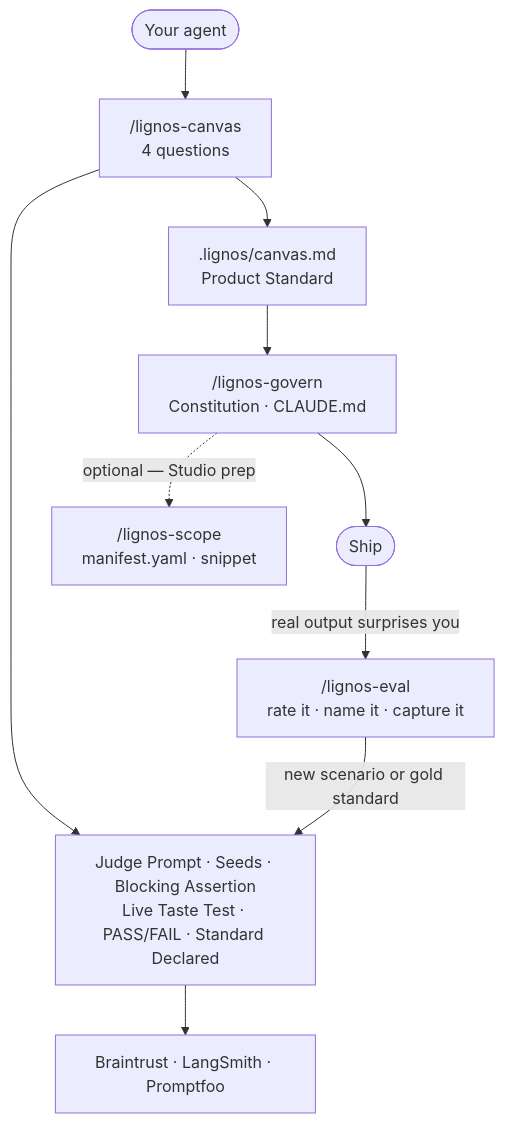
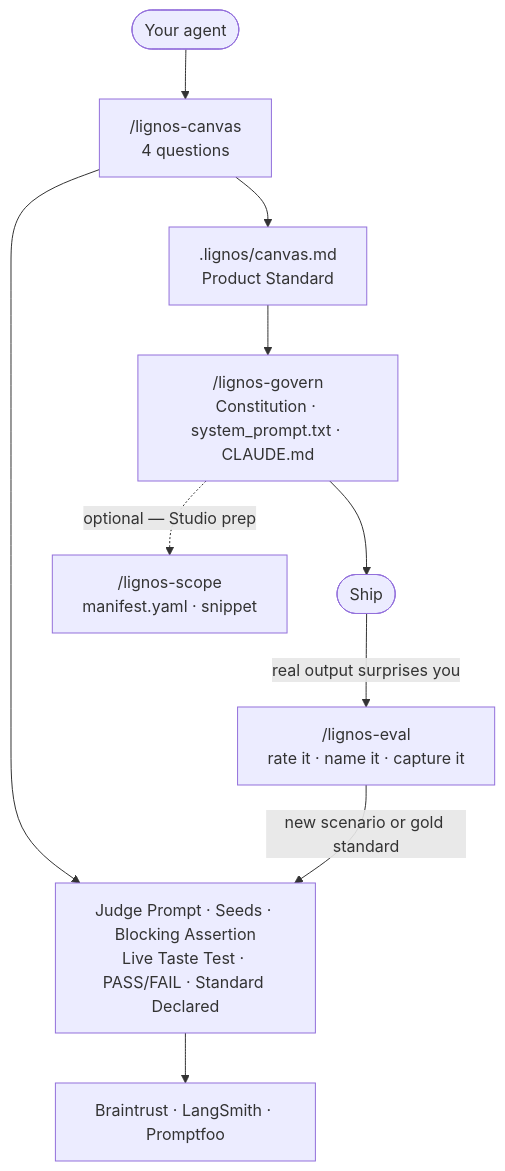
The diagram in README.md (lignos-ai/lignos-labs), drawn with Mermaid before and after one commit.

Commit message:
docs(readme): add system_prompt.txt to govern node in diagram

````diff
--- a/README.md
+++ b/README.md
@@ -57,17 +57,17 @@
 ```mermaid
 flowchart TD
     Start(["Your agent"]) --> Canvas
 
     Canvas["/lignos-canvas<br/>4 questions"]
     Canvas --> Standard[".lignos/canvas.md<br/>Product Standard"]
     Canvas --> EvalSet["Judge Prompt · Seeds · Blocking Assertion<br/>Live Taste Test · PASS/FAIL · Standard Declared"]
 
-    Standard --> Govern["/lignos-govern<br/>Constitution · CLAUDE.md"]
+    Standard --> Govern["/lignos-govern<br/>Constitution · system_prompt.txt · CLAUDE.md"]
     Govern --> Ship(["Ship"])
     Govern -.->|"optional — Studio prep"| Scope["/lignos-scope<br/>manifest.yaml · snippet"]
 
     EvalSet --> Platforms["Braintrust · LangSmith · Promptfoo"]
 
     Ship -->|"real output surprises you"| Intake["/lignos-eval<br/>rate it · name it · capture it"]
     Intake -->|"new scenario or gold standard"| EvalSet
 ```
````
